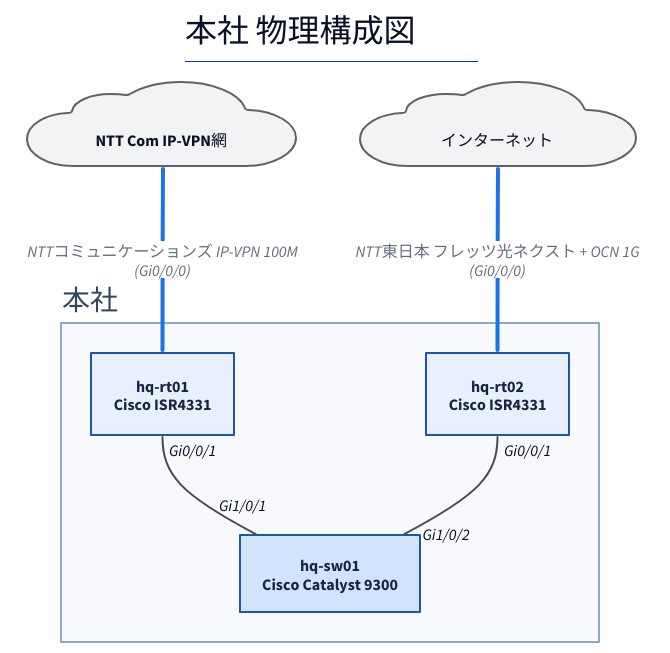
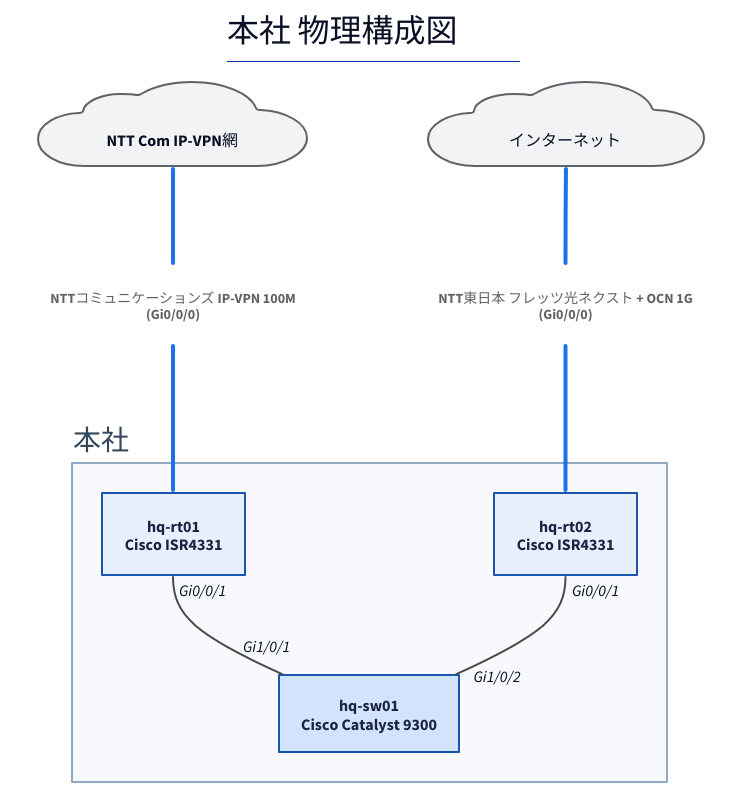
One commit to thinas1115/nwdsl changed the diagram in examples/sample-corp/generated/hq-physical.d2. Above: the diagram before and after it, drawn with D2. The commit also changed 25 other files, not shown here.

```diff
--- a/examples/sample-corp/generated/hq-physical.d2
+++ b/examples/sample-corp/generated/hq-physical.d2
@@ -1,36 +1,41 @@
 title: |md
   # 本社 物理構成図
 | {near: top-center}
 direction: down
 
 classes: {
   role-router: {style.fill: "#e8f0fe"; style.stroke: "#1a56b0"; style.font-color: "#1a2340"}
   role-l3switch: {style.fill: "#d2e3fc"; style.stroke: "#1a56b0"; style.font-color: "#1a2340"}
   role-l2switch: {style.fill: "#e6f4ea"; style.stroke: "#137333"; style.font-color: "#1a2e1f"}
   role-firewall: {style.fill: "#fce8e6"; style.stroke: "#c5221f"; style.font-color: "#3c1a19"}
   role-other: {style.fill: "#f1f3f4"; style.stroke: "#5f6368"; style.font-color: "#202124"}
   node-cloud: {shape: cloud; style.fill: "#f1f3f4"; style.stroke: "#5f6368"}
   node-site: {style.fill: "#fff8e1"; style.stroke: "#b58105"; style.font-color: "#4a3a08"}
   node-external: {style.fill: "#ffffff"; style.stroke: "#9aa0a6"; style.stroke-dash: 3}
   group-site: {style.fill: "#f7f9fc"; style.stroke: "#8fa8c4"; style.font-color: "#33475b"}
+  edge-label: {style.fill: "transparent"; style.stroke: "transparent"; style.font-size: 14; style.font-color: "#5f6368"; style.italic: true}
   edge-lan-cable: {style.stroke: "#4a4a4a"; style.stroke-width: 2}
   edge-wan-circuit: {style.stroke: "#1a73e8"; style.stroke-width: 4}
   edge-tunnel: {style.stroke: "#7b1fa2"; style.stroke-width: 2; style.stroke-dash: 5}
   edge-logical: {style.stroke: "#188038"; style.stroke-width: 2; style.stroke-dash: 3}
 }
 
 s_hq: "本社" {
   class: group-site
   label.near: outside-top-left
   n_hq_rt01: "hq-rt01\nCisco ISR4331" {class: role-router}
   n_hq_sw01: "hq-sw01\nCisco Catalyst 9300" {class: role-l3switch; width: 180}
   n_hq_rt02: "hq-rt02\nCisco ISR4331" {class: role-router}
 }
 
 n_ipvpn: "　NTT Com IP-VPN網　" {class: node-cloud}
 n_internet: "　インターネット　" {class: node-cloud}
 
 s_hq.n_hq_rt01 -- s_hq.n_hq_sw01 {class: edge-lan-cable; source-arrowhead.label: "Gi0/0/1"; target-arrowhead.label: "Gi1/0/1"}
 s_hq.n_hq_rt02 -- s_hq.n_hq_sw01 {class: edge-lan-cable; source-arrowhead.label: "Gi0/0/1"; target-arrowhead.label: "Gi1/0/2"}
-n_ipvpn -- s_hq.n_hq_rt01: "NTTコミュニケーションズ IP-VPN 100M\n(Gi0/0/0)" {class: edge-wan-circuit}
-n_internet -- s_hq.n_hq_rt02: "NTT東日本 フレッツ光ネクスト + OCN 1G\n(Gi0/0/0)" {class: edge-wan-circuit}
+lbl_2: "NTTコミュニケーションズ IP-VPN 100M\n(Gi0/0/0)" {class: edge-label}
+n_ipvpn -- lbl_2 {class: edge-wan-circuit}
+lbl_2 -- s_hq.n_hq_rt01 {class: edge-wan-circuit}
+lbl_3: "NTT東日本 フレッツ光ネクスト + OCN 1G\n(Gi0/0/0)" {class: edge-label}
+n_internet -- lbl_3 {class: edge-wan-circuit}
+lbl_3 -- s_hq.n_hq_rt02 {class: edge-wan-circuit}
```
